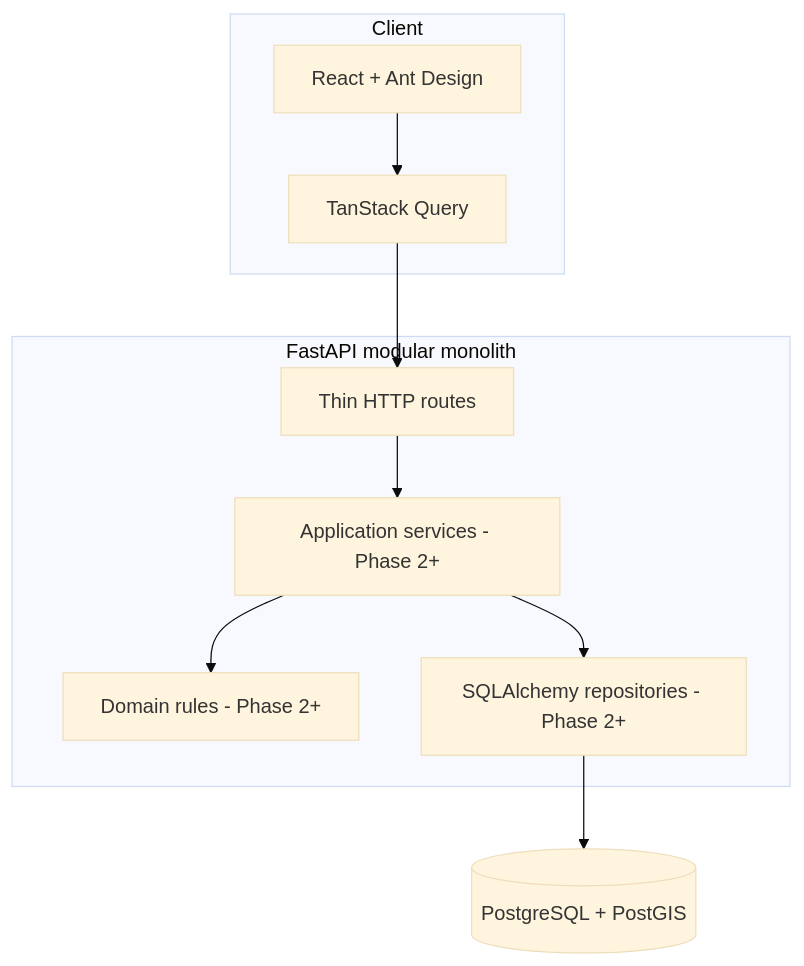
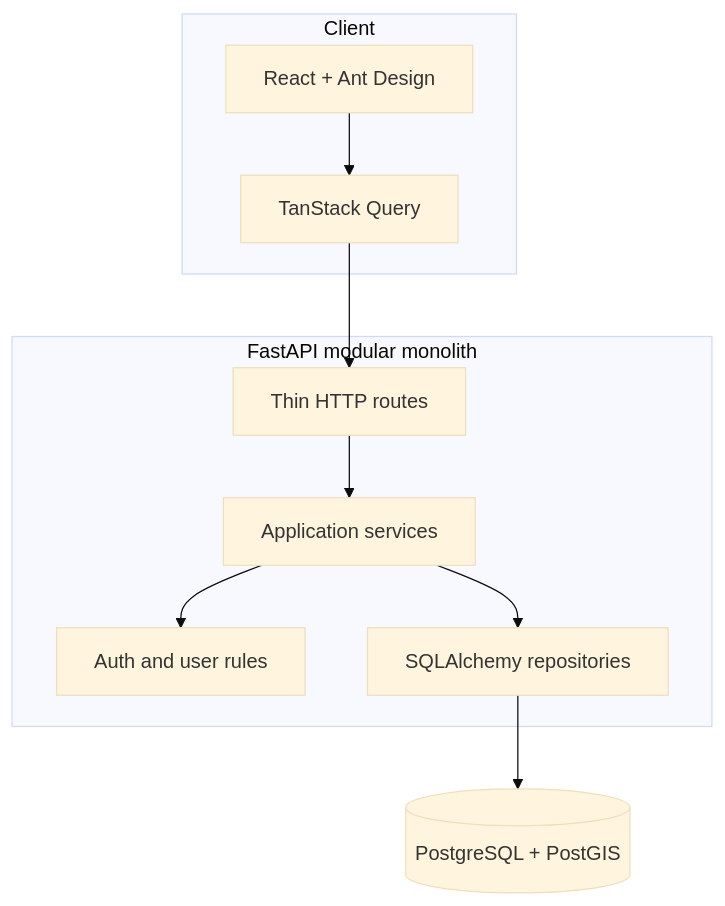
The first of 2 diagrams in docs/architecture.md (Singatha/ride-flow), drawn with Mermaid (base theme) before and after one commit. The commit also changed other lines of this file and 58 other files, not shown here.

````diff
--- a/docs/architecture.md
+++ b/docs/architecture.md
@@ -7,18 +7,18 @@
 ```mermaid
 flowchart TB
     subgraph Client
         UI[React + Ant Design]
         Query[TanStack Query]
         UI --> Query
     end
     subgraph Backend[FastAPI modular monolith]
         Routes[Thin HTTP routes]
-        Services[Application services - Phase 2+]
-        Domains[Domain rules - Phase 2+]
-        Persistence[SQLAlchemy repositories - Phase 2+]
+        Services[Application services]
+        Domains[Auth and user rules]
+        Persistence[SQLAlchemy repositories]
         Routes --> Services --> Domains
         Services --> Persistence
     end
     Query --> Routes
     Persistence --> PG[(PostgreSQL + PostGIS)]
 ```
````
